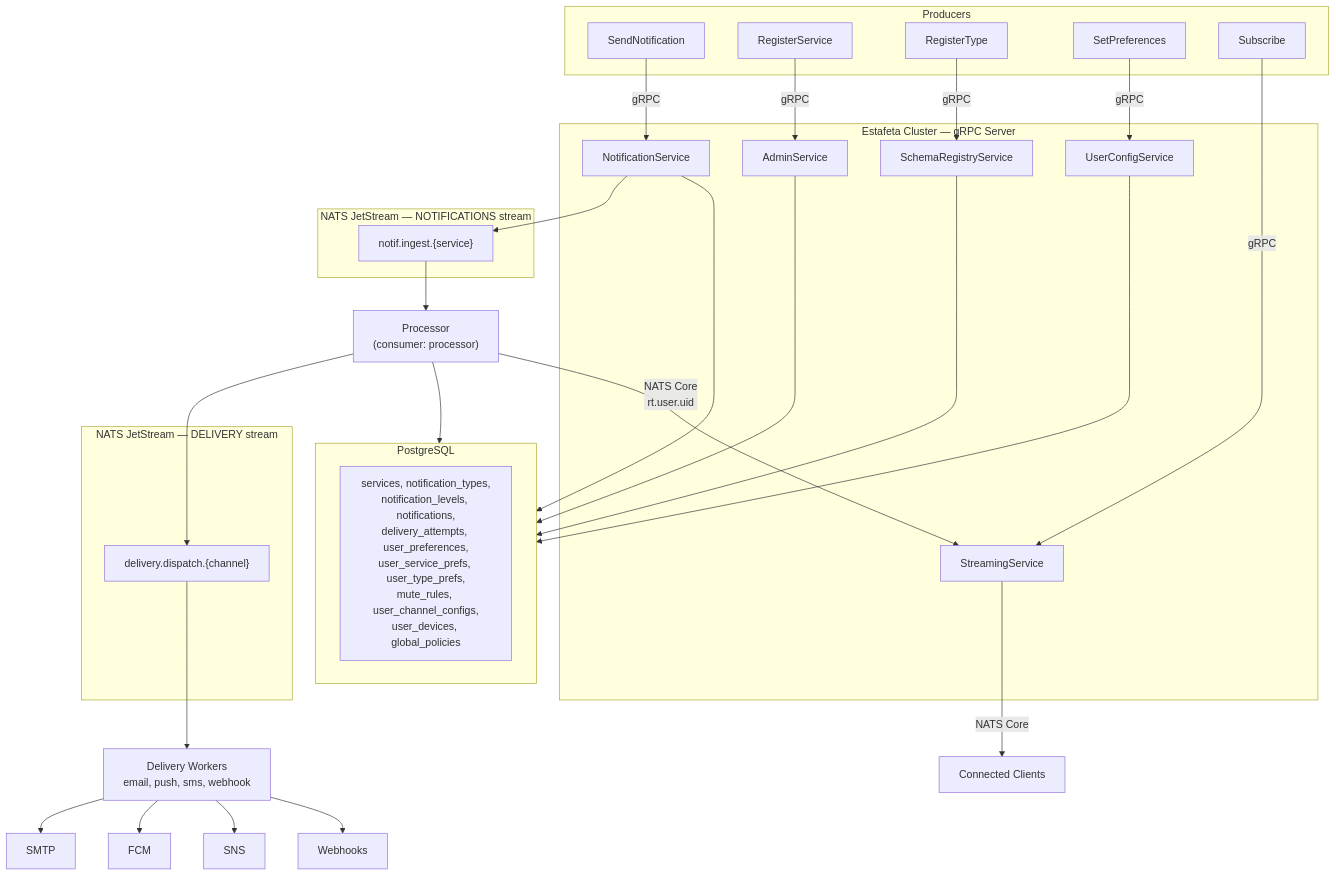
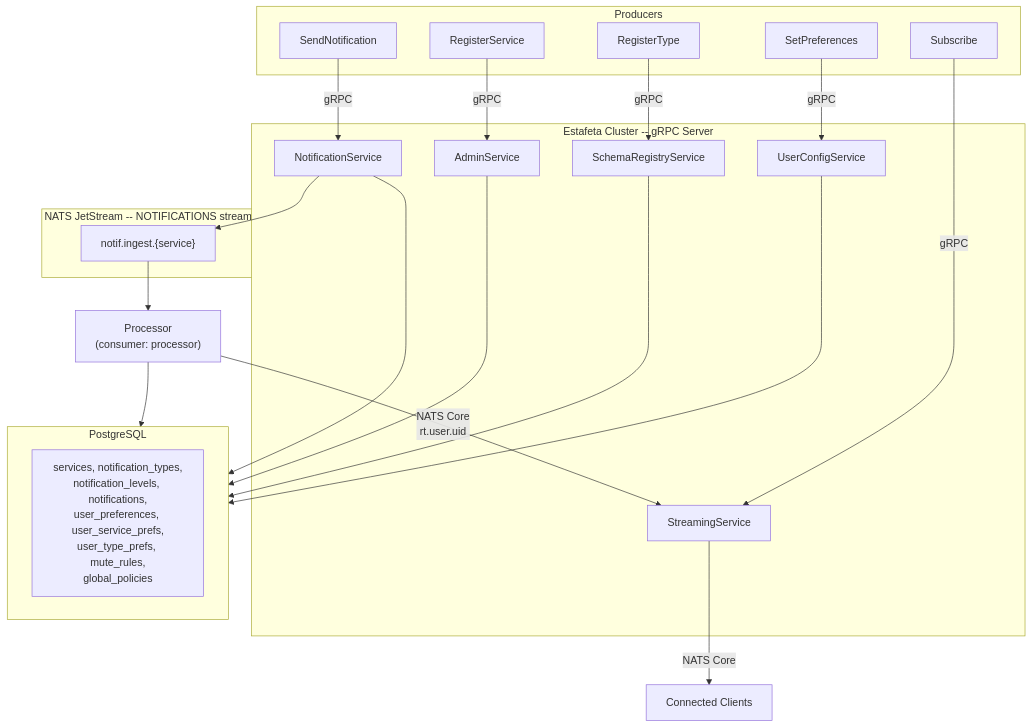
The first of 2 diagrams in docs/architecture.md (sunbeamdotpt/estafeta), drawn with Mermaid before and after one commit. The commit also changed other lines of this file and 20 other files, not shown here.

````diff
--- a/docs/architecture.md
+++ b/docs/architecture.md
@@ -9,55 +15,44 @@
 ```mermaid
 graph TD
     subgraph Producers
         SendNotification
         RegisterService
         RegisterType
         SetPreferences
         Subscribe
     end
 
-    subgraph Estafeta["Estafeta Cluster — gRPC Server"]
+    subgraph Estafeta["Estafeta Cluster -- gRPC Server"]
         NotificationService
         AdminService
         SchemaRegistryService
         UserConfigService
         StreamingService
     end
 
     SendNotification -->|gRPC| NotificationService
     RegisterService -->|gRPC| AdminService
     RegisterType -->|gRPC| SchemaRegistryService
     SetPreferences -->|gRPC| UserConfigService
     Subscribe -->|gRPC| StreamingService
 
-    subgraph NATS_NOTIF["NATS JetStream — NOTIFICATIONS stream"]
+    subgraph NATS_NOTIF["NATS JetStream -- NOTIFICATIONS stream"]
         IngestSubject["notif.ingest.{service}"]
     end
 
     subgraph PG["PostgreSQL"]
-        Tables["services, notification_types,<br>notification_levels, notifications,<br>delivery_attempts, user_preferences,<br>user_service_prefs, user_type_prefs,<br>mute_rules, user_channel_configs,<br>user_devices, global_policies"]
-    end
-
-    subgraph NATS_DELIV["NATS JetStream — DELIVERY stream"]
-        DelivSubject["delivery.dispatch.{channel}"]
+        Tables["services, notification_types,<br>notification_levels, notifications,<br>user_preferences, user_service_prefs,<br>user_type_prefs, mute_rules,<br>global_policies"]
     end
 
     NotificationService --> IngestSubject
     NotificationService --> PG
     AdminService --> PG
     SchemaRegistryService --> PG
     UserConfigService --> PG
 
     IngestSubject --> Processor["Processor<br>(consumer: processor)"]
     Processor --> PG
-    Processor --> DelivSubject
     Processor -->|NATS Core<br>rt.user.uid| StreamingService
-
-    DelivSubject --> Workers["Delivery Workers<br>email, push, sms, webhook"]
-    Workers --> SMTP
-    Workers --> FCM
-    Workers --> SNS
-    Workers --> Webhooks
 
     StreamingService -->|NATS Core| Client[Connected Clients]
 ```
````
